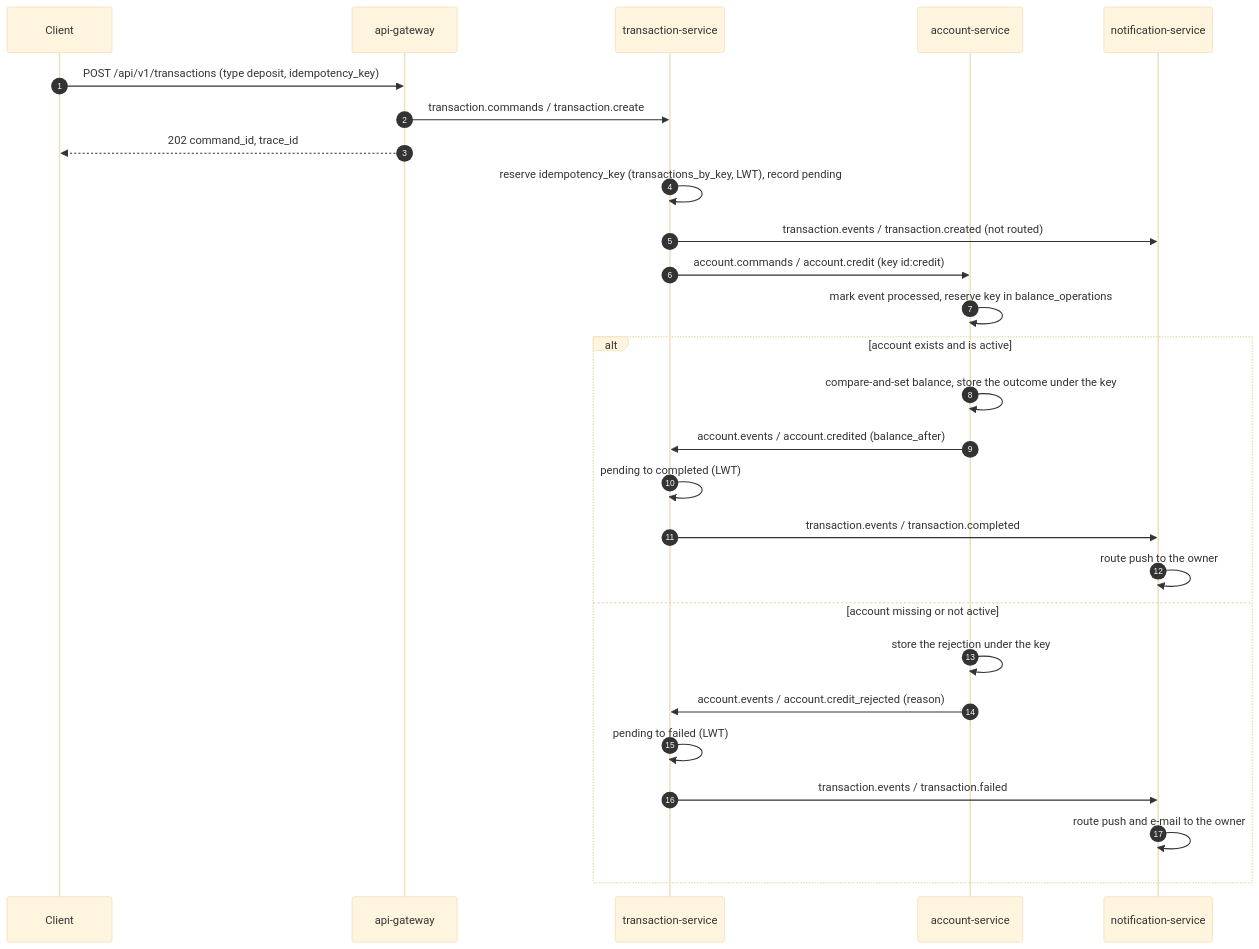
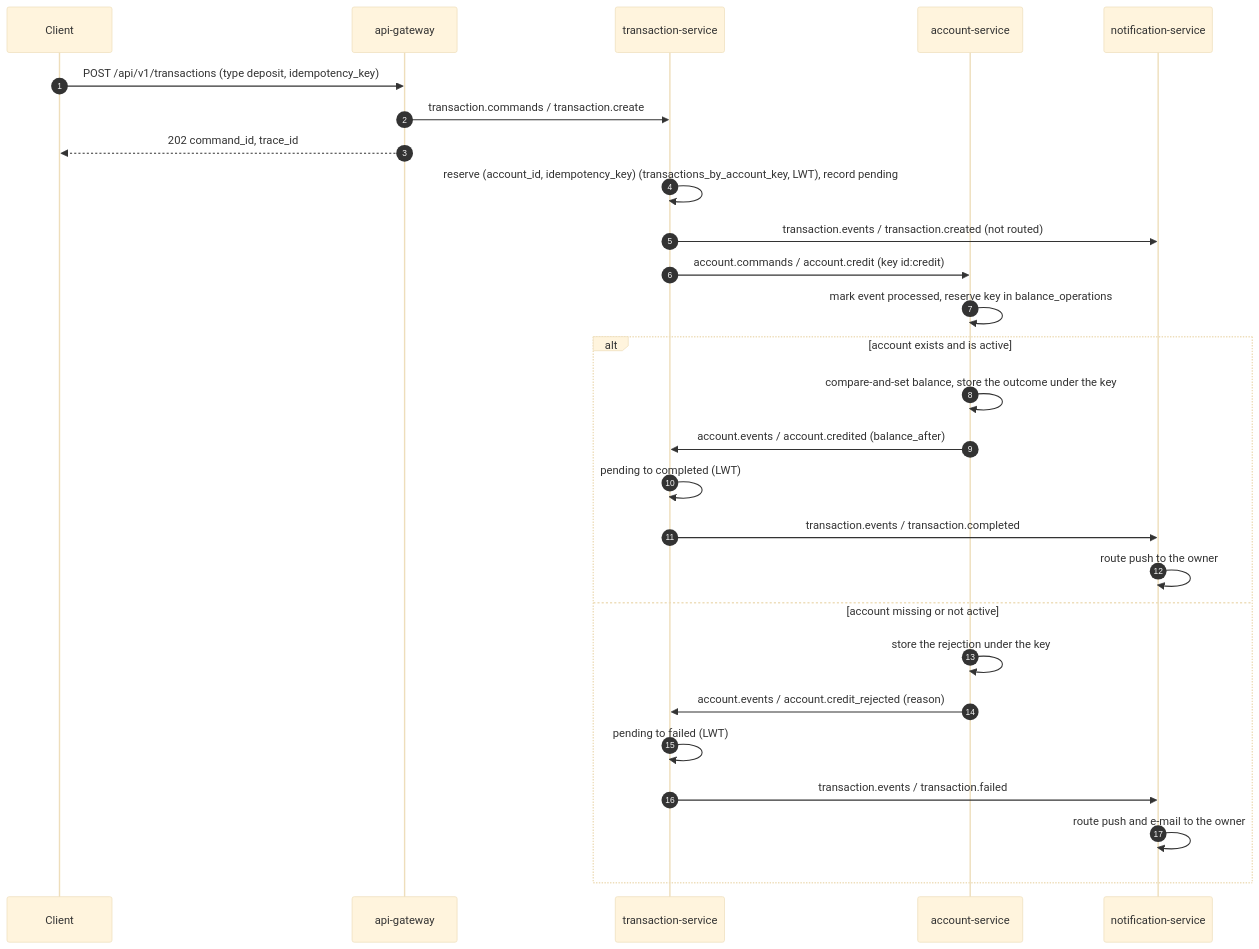
Before and after one commit to GabeSilvaDev/fintech-bank-platform: the second of 6 diagrams in docs/architecture.md, drawn with Mermaid (base theme). The commit also changed other lines of this file and 3 other files, not shown here.

````diff
--- a/docs/architecture.md
+++ b/docs/architecture.md
@@ -69,29 +69,29 @@
 ```mermaid
 sequenceDiagram
     autonumber
     participant C as Client
     participant GW as api-gateway
     participant TS as transaction-service
     participant AS as account-service
     participant NS as notification-service
     C->>GW: POST /api/v1/transactions (type deposit, idempotency_key)
     GW->>TS: transaction.commands / transaction.create
     GW-->>C: 202 command_id, trace_id
-    TS->>TS: reserve idempotency_key (transactions_by_key, LWT), record pending
+    TS->>TS: reserve (account_id, idempotency_key) (transactions_by_account_key, LWT), record pending
     TS->>NS: transaction.events / transaction.created (not routed)
     TS->>AS: account.commands / account.credit (key id:credit)
     AS->>AS: mark event processed, reserve key in balance_operations
     alt account exists and is active
         AS->>AS: compare-and-set balance, store the outcome under the key
         AS->>TS: account.events / account.credited (balance_after)
         TS->>TS: pending to completed (LWT)
         TS->>NS: transaction.events / transaction.completed
         NS->>NS: route push to the owner
     else account missing or not active
         AS->>AS: store the rejection under the key
         AS->>TS: account.events / account.credit_rejected (reason)
         TS->>TS: pending to failed (LWT)
         TS->>NS: transaction.events / transaction.failed
         NS->>NS: route push and e-mail to the owner
     end
 ```
````
